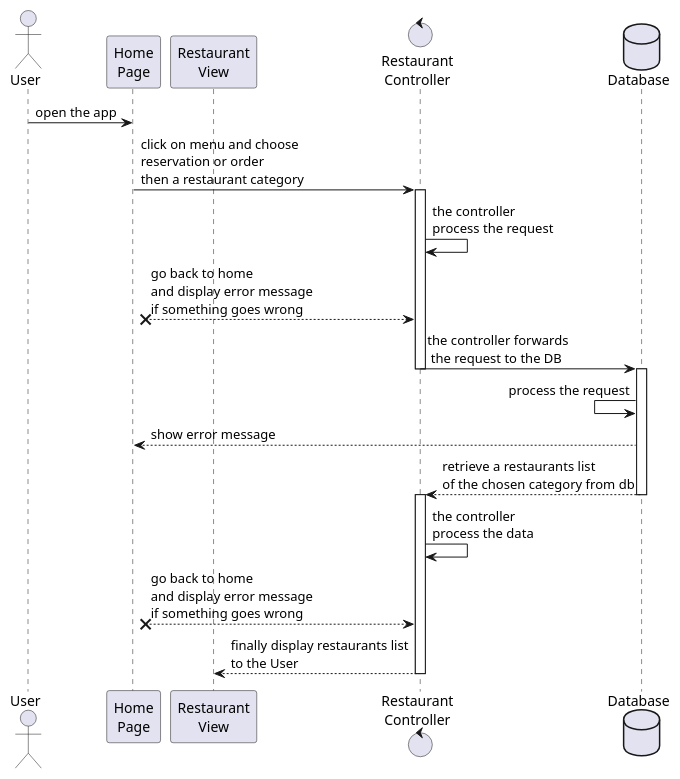
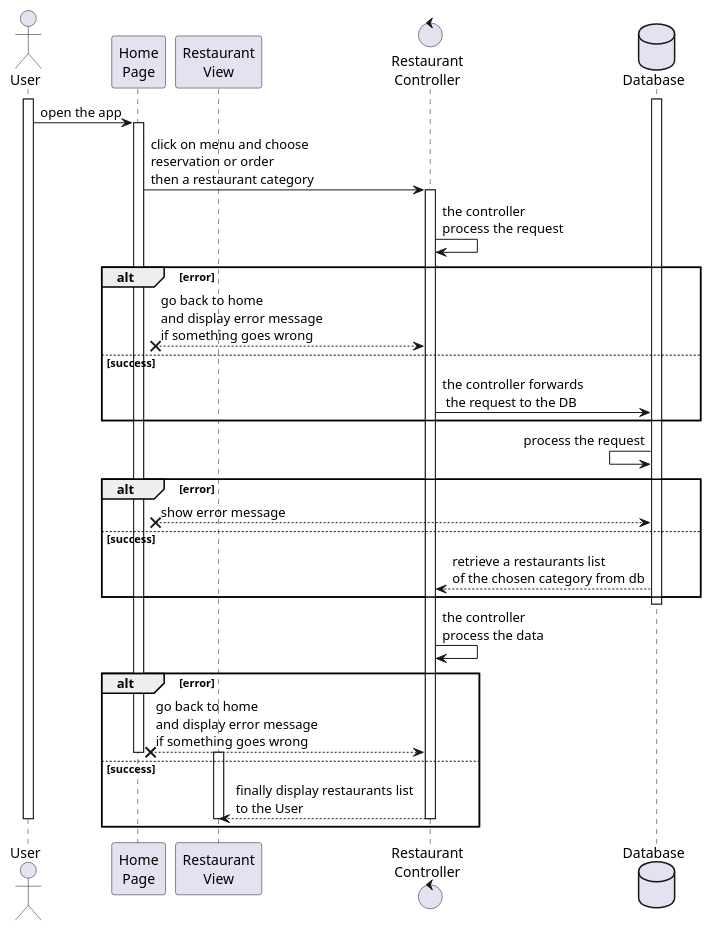
Before and after one commit to TommasoScalici/FoodDelivery: the diagram in src/main/java/unipa/fooddelivery/diagrams/sequence/user/displayrestaurants.wsd, drawn with PlantUML. The commit also changed 13 other files, not shown here.

Commit message:
definitive fix of all sequence diagram present on the relation

```diff
--- a/src/main/java/unipa/fooddelivery/diagrams/sequence/user/displayrestaurants.wsd
+++ b/src/main/java/unipa/fooddelivery/diagrams/sequence/user/displayrestaurants.wsd
@@ -1,31 +1,44 @@
 @startuml displayrestaurants
 
 actor User 
 participant "Home\nPage" as HomePage
 participant "Restaurant\nView" as RestaurantView
 control "Restaurant\nController" as RestaurantController
 database Database as DB
 
+activate User
+    User -> HomePage : open the app
+    activate HomePage
+        HomePage -> RestaurantController: click on menu and choose\nreservation or order\nthen a restaurant category
 
-User -> HomePage : open the app
-HomePage -> RestaurantController: click on menu and choose\nreservation or order\nthen a restaurant category
+        activate RestaurantController
+        RestaurantController -> RestaurantController : the controller\nprocess the request
 
-activate RestaurantController
-RestaurantController -> RestaurantController : the controller\nprocess the request
-HomePage x-- RestaurantController : go back to home\nand display error message\nif something goes wrong
-RestaurantController -> DB : the controller forwards\n the request to the DB
-deactivate RestaurantController
+        alt error
+        HomePage x-- RestaurantController : go back to home\nand display error message\nif something goes wrong
+        else success
+        RestaurantController -> DB : the controller forwards\n the request to the DB
+        end
+        activate DB
+        DB <- DB: process the request
 
-activate DB
-DB <- DB: process the request
-HomePage <-- DB: show error message
-RestaurantController <-- DB : retrieve a restaurants list\nof the chosen category from db
-deactivate DB
+        alt error 
+        HomePage x-- DB: show error message
+        else success
+        RestaurantController <-- DB : retrieve a restaurants list\nof the chosen category from db
+        end
+        deactivate DB
 
-
-activate RestaurantController
-RestaurantController -> RestaurantController : the controller\nprocess the data
-HomePage x-- RestaurantController : go back to home\nand display error message\nif something goes wrong
-RestaurantView <-- RestaurantController: finally display restaurants list\nto the User
-deactivate RestaurantController
+            RestaurantController -> RestaurantController : the controller\nprocess the data
+                    alt error      
+                    HomePage x-- RestaurantController : go back to home\nand display error message\nif something goes wrong
+                    else success
+              
+    deactivate HomePage
+    activate RestaurantView
+        RestaurantView <-- RestaurantController: finally display restaurants list\nto the User
+        deactivate RestaurantController
+    deactivate RestaurantView
+deactivate User
+                    end
 @enduml
```
